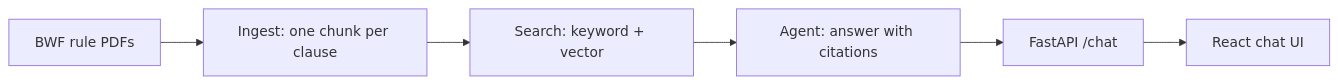
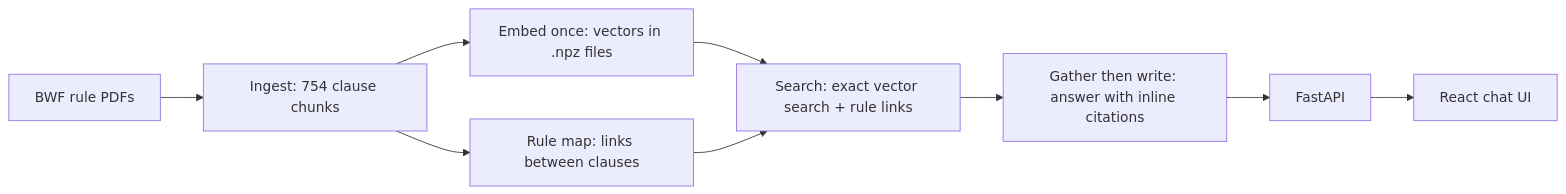
Before and after one commit to chayapol-p/badminton-rules-bot: the diagram in README.md, drawn with Mermaid. The commit also changed other lines of this file, not shown here.

````diff
--- a/README.md
+++ b/README.md
@@ -42,8 +87,11 @@
 ```mermaid
 flowchart LR
-    A[BWF rule PDFs] --> B[Ingest: one chunk per clause]
-    B --> C[Search: keyword + vector]
-    C --> D[Agent: answer with citations]
-    D --> E[FastAPI /chat]
+    A[BWF rule PDFs] --> B[Ingest: 754 clause chunks]
+    B --> M[Rule map: links between clauses]
+    B --> V[Embed once: vectors in .npz files]
+    V --> C[Search: exact vector search + rule links]
+    M --> C
+    C --> D[Gather then write: answer with inline citations]
+    D --> E[FastAPI]
     E --> F[React chat UI]
 ```
````
